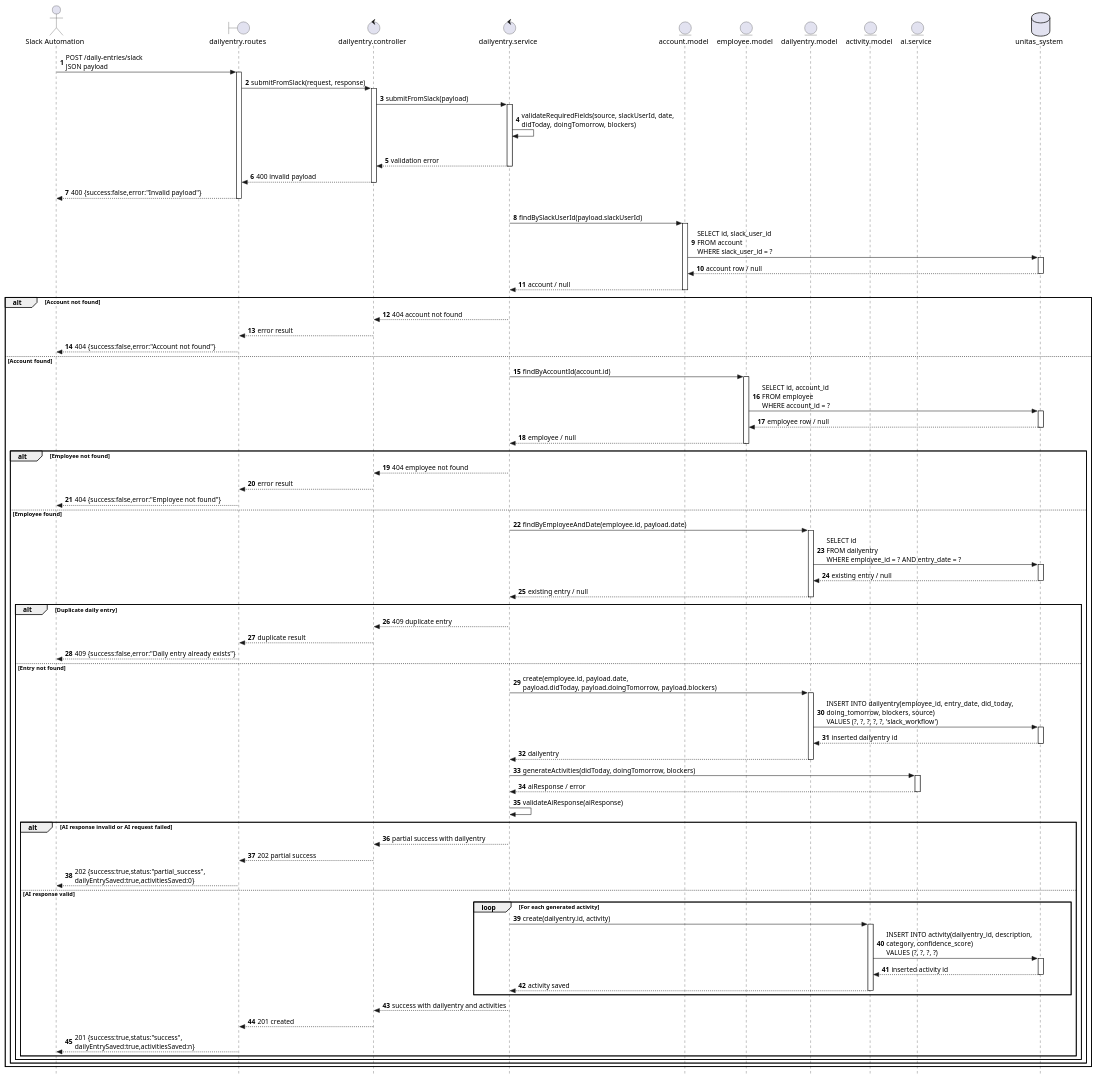
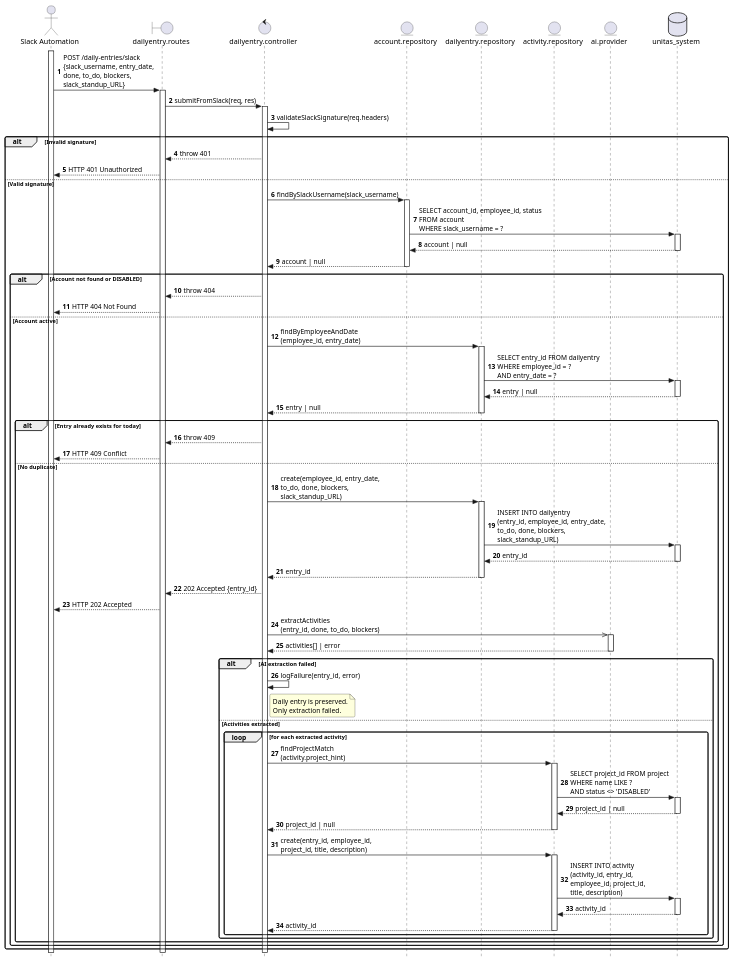
Before and after one commit to Berthou05/LimboSoftwareDevelopment_Change.org: the diagram in documentation/sequence_diagrams/AL-01-SD.puml, drawn with PlantUML. The commit also changed 15 other files, not shown here.

Commit message:
[FIX] Corrected AL-01 Slack standup

```diff
--- a/documentation/sequence_diagrams/AL-01-SD.puml
+++ b/documentation/sequence_diagrams/AL-01-SD.puml
@@ -1,128 +1,115 @@
 @startuml
 skinparam style strictuml
+skinparam sequenceArrowThickness 1.2
+skinparam roundcorner 6
 autonumber
 
-actor "Slack Automation" as S
-boundary "dailyentry.routes" as RO
-control "dailyentry.controller" as C
-control "dailyentry.service" as SV
-entity "account.model" as A
-entity "employee.model" as E
-entity "dailyentry.model" as D
-entity "activity.model" as AC
-entity "ai.service" as AI
-database "unitas_system" as DB
+actor    "Slack Automation"        as Slack
+boundary "dailyentry.routes"       as Routes
+control  "dailyentry.controller"   as Controller
+entity   "account.repository"      as AccountRepository
+entity   "dailyentry.repository"   as DailyEntryRepository
+entity   "activity.repository"     as ActivityRepository
+entity   "ai.provider"             as AIProvider
+database "unitas_system"           as DB
 
-S -> RO: POST /daily-entries/slack\nJSON payload
-activate RO
-RO -> C: submitFromSlack(request, response)
-activate C
-C -> SV: submitFromSlack(payload)
-activate SV
-SV -> SV: validateRequiredFields(source, slackUserId, date,\ndidToday, doingTomorrow, blockers)
+activate Slack
+Slack      ->  Routes     : POST /daily-entries/slack\n{slack_username, entry_date,\ndone, to_do, blockers,\nslack_standup_URL}
+activate Routes
+Routes     ->  Controller : submitFromSlack(req, res)
+activate Controller
 
-alt Payload invalid
-SV --> C: validation error
-deactivate SV
-C --> RO: 400 invalid payload
-deactivate C
-RO --> S: 400 {success:false,error:"Invalid payload"}
-deactivate RO
-else Payload valid
-SV -> A: findBySlackUserId(payload.slackUserId)
-activate A
-A -> DB: SELECT id, slack_user_id\nFROM account\nWHERE slack_user_id = ?
-activate DB
-DB --> A: account row / null
-deactivate DB
-A --> SV: account / null
-deactivate A
+Controller ->  Controller : validateSlackSignature(req.headers)
 
-alt Account not found
-SV --> C: 404 account not found
-deactivate SV
-C --> RO: error result
-deactivate C
-RO --> S: 404 {success:false,error:"Account not found"}
-deactivate RO
-else Account found
-SV -> E: findByAccountId(account.id)
-activate E
-E -> DB: SELECT id, account_id\nFROM employee\nWHERE account_id = ?
-activate DB
-DB --> E: employee row / null
-deactivate DB
-E --> SV: employee / null
-deactivate E
+alt Invalid signature
+    Controller --> Routes : throw 401
+    Routes     --> Slack  : HTTP 401 Unauthorized
 
-alt Employee not found
-SV --> C: 404 employee not found
-deactivate SV
-C --> RO: error result
-deactivate C
-RO --> S: 404 {success:false,error:"Employee not found"}
-deactivate RO
-else Employee found
-SV -> D: findByEmployeeAndDate(employee.id, payload.date)
-activate D
-D -> DB: SELECT id\nFROM dailyentry\nWHERE employee_id = ? AND entry_date = ?
-activate DB
-DB --> D: existing entry / null
-deactivate DB
-D --> SV: existing entry / null
-deactivate D
+else Valid signature
 
-alt Duplicate daily entry
-SV --> C: 409 duplicate entry
-deactivate SV
-C --> RO: duplicate result
-deactivate C
-RO --> S: 409 {success:false,error:"Daily entry already exists"}
-deactivate RO
-else Entry not found
-SV -> D: create(employee.id, payload.date,\npayload.didToday, payload.doingTomorrow, payload.blockers)
-activate D
-D -> DB: INSERT INTO dailyentry(employee_id, entry_date, did_today,\ndoing_tomorrow, blockers, source)\nVALUES (?, ?, ?, ?, ?, 'slack_workflow')
-activate DB
-DB --> D: inserted dailyentry id
-deactivate DB
-D --> SV: dailyentry
-deactivate D
+    Controller ->  AccountRepository : findBySlackUsername(slack_username)
+    activate AccountRepository
+    AccountRepository ->  DB               : SELECT account_id, employee_id, status\nFROM account\nWHERE slack_username = ?
+    activate DB
+    DB                --> AccountRepository : account | null
+    deactivate DB
+    AccountRepository --> Controller        : account | null
+    deactivate AccountRepository
 
-SV -> AI: generateActivities(didToday, doingTomorrow, blockers)
-activate AI
-AI --> SV: aiResponse / error
-deactivate AI
-SV -> SV: validateAiResponse(aiResponse)
+    alt Account not found or DISABLED
+        Controller --> Routes : throw 404
+        Routes     --> Slack  : HTTP 404 Not Found
 
-alt AI response invalid or AI request failed
-SV --> C: partial success with dailyentry
-deactivate SV
-C --> RO: 202 partial success
-deactivate C
-RO --> S: 202 {success:true,status:"partial_success",\ndailyEntrySaved:true,activitiesSaved:0}
-deactivate RO
-else AI response valid
-loop For each generated activity
-SV -> AC: create(dailyentry.id, activity)
-activate AC
-AC -> DB: INSERT INTO activity(dailyentry_id, description,\ncategory, confidence_score)\nVALUES (?, ?, ?, ?)
-activate DB
-DB --> AC: inserted activity id
-deactivate DB
-AC --> SV: activity saved
-deactivate AC
+    else Account active
+
+        Controller ->  DailyEntryRepository : findByEmployeeAndDate\n(employee_id, entry_date)
+        activate DailyEntryRepository
+        DailyEntryRepository ->  DB                  : SELECT entry_id FROM dailyentry\nWHERE employee_id = ?\nAND entry_date = ?
+        activate DB
+        DB                   --> DailyEntryRepository : entry | null
+        deactivate DB
+        DailyEntryRepository --> Controller            : entry | null
+        deactivate DailyEntryRepository
+
+        alt Entry already exists for today
+            Controller --> Routes : throw 409
+            Routes     --> Slack  : HTTP 409 Conflict
+
+        else No duplicate
+
+            Controller ->  DailyEntryRepository : create(employee_id, entry_date,\nto_do, done, blockers,\nslack_standup_URL)
+            activate DailyEntryRepository
+            DailyEntryRepository ->  DB                  : INSERT INTO dailyentry\n(entry_id, employee_id, entry_date,\nto_do, done, blockers,\nslack_standup_URL)
+            activate DB
+            DB                   --> DailyEntryRepository : entry_id
+            deactivate DB
+            DailyEntryRepository --> Controller            : entry_id
+            deactivate DailyEntryRepository
+
+            Controller --> Routes : 202 Accepted {entry_id}
+            Routes     --> Slack  : HTTP 202 Accepted
+
+            Controller ->> AIProvider : extractActivities\n(entry_id, done, to_do, blockers)
+            activate AIProvider
+            AIProvider --> Controller : activities[] | error
+            deactivate AIProvider
+
+            alt AI extraction failed
+                Controller -> Controller : logFailure(entry_id, error)
+                note right of Controller
+                    Daily entry is preserved.
+                    Only extraction failed.
+                end note
+
+            else Activities extracted
+
+                loop for each extracted activity
+                    Controller ->  ActivityRepository : findProjectMatch\n(activity.project_hint)
+                    activate ActivityRepository
+                    ActivityRepository ->  DB                 : SELECT project_id FROM project\nWHERE name LIKE ?\nAND status <> 'DISABLED'
+                    activate DB
+                    DB                 --> ActivityRepository  : project_id | null
+                    deactivate DB
+                    ActivityRepository --> Controller          : project_id | null
+                    deactivate ActivityRepository
+
+                    Controller ->  ActivityRepository : create(entry_id, employee_id,\nproject_id, title, description)
+                    activate ActivityRepository
+                    ActivityRepository ->  DB                 : INSERT INTO activity\n(activity_id, entry_id,\nemployee_id, project_id,\ntitle, description)
+                    activate DB
+                    DB                 --> ActivityRepository  : activity_id
+                    deactivate DB
+                    ActivityRepository --> Controller          : activity_id
+                    deactivate ActivityRepository
+                end
+
+            end
+        end
+    end
 end
 
-SV --> C: success with dailyentry and activities
-deactivate SV
-C --> RO: 201 created
-deactivate C
-RO --> S: 201 {success:true,status:"success",\ndailyEntrySaved:true,activitiesSaved:n}
-deactivate RO
-end
-end
-end
-end
+deactivate Controller
+deactivate Routes
+deactivate Slack
 
 @enduml
```
